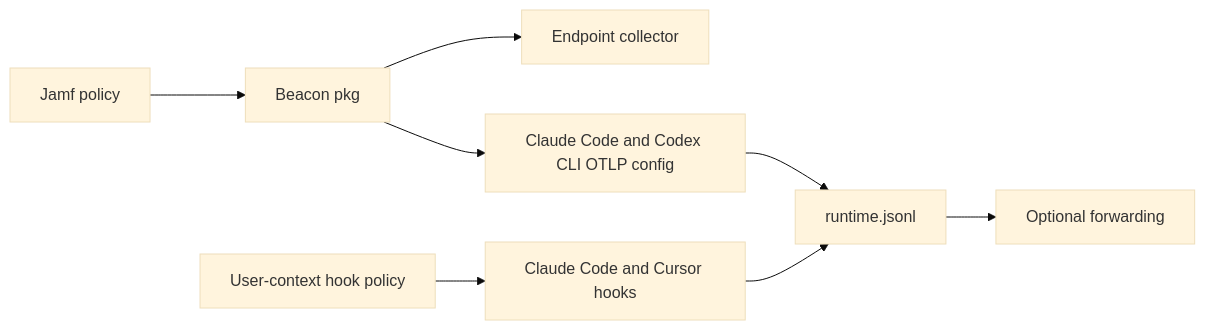
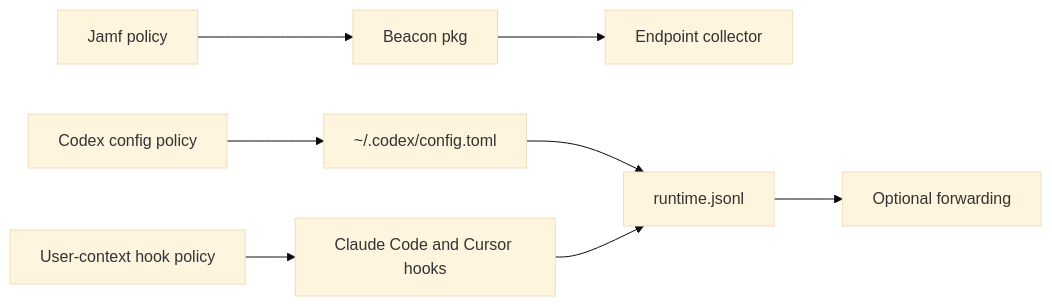
Before and after one commit to Asymptote-Labs/agent-beacon: the diagram in docs/guides/jamf-anthropic-openai-cursor-mdm.mdx, drawn with Mermaid (base theme). The commit also changed other lines of this file, not shown here.

````diff
--- a/docs/guides/jamf-anthropic-openai-cursor-mdm.mdx
+++ b/docs/guides/jamf-anthropic-openai-cursor-mdm.mdx
@@ -19,10 +21,10 @@
 ```mermaid
 flowchart LR
   JamfPolicy[Jamf policy] --> Package[Beacon pkg]
   Package --> Collector[Endpoint collector]
-  Package --> Config[Claude Code and Codex CLI OTLP config]
   HookPolicy[User-context hook policy] --> Hooks[Claude Code and Cursor hooks]
-  Config --> RuntimeLog["runtime.jsonl"]
+  CodexPolicy[Codex config policy] --> CodexConfig["~/.codex/config.toml"]
+  CodexConfig --> RuntimeLog["runtime.jsonl"]
   Hooks --> RuntimeLog
   RuntimeLog --> Forwarding[Optional forwarding]
 ```
````
